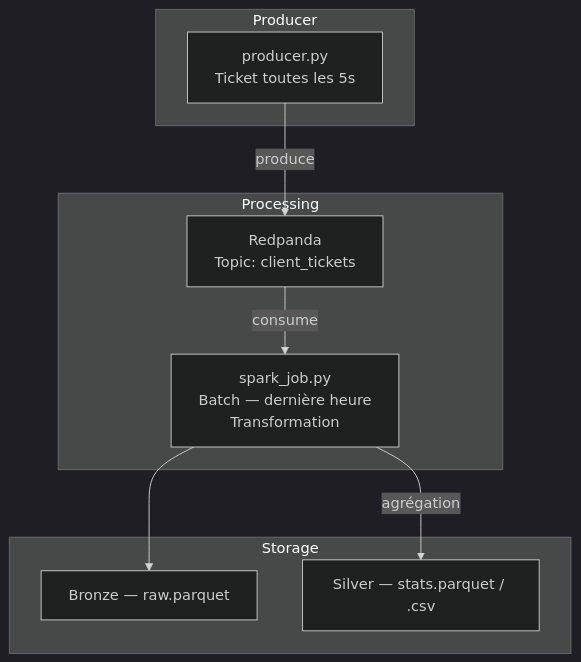
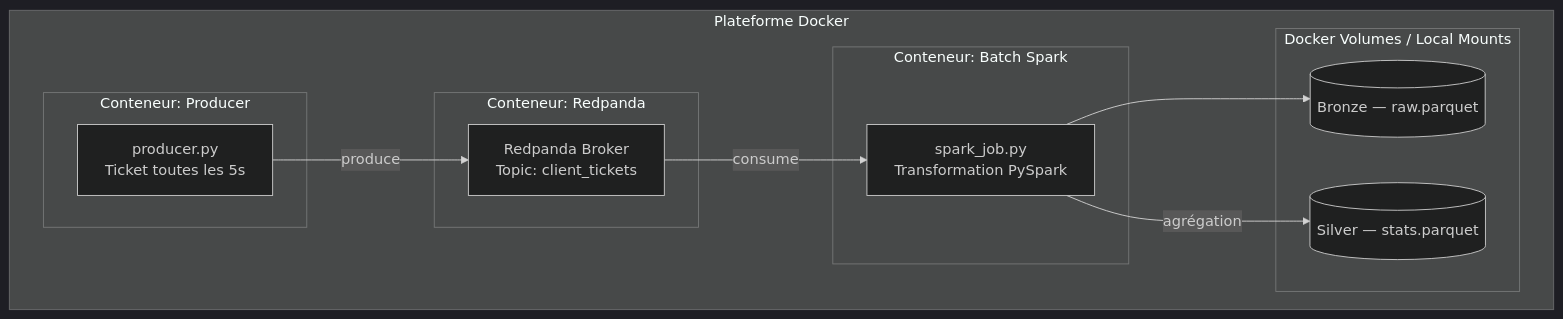
Before and after one commit to Solisdata/ocr_projet9_infra_hybride_cloud: the diagram in README.md, drawn with Mermaid (dark theme).

````diff
--- a/README.md
+++ b/README.md
@@ -72,21 +72,28 @@
 ```mermaid
 flowchart TD
-    subgraph Producer
-        A[producer.py<br/>Ticket toutes les 5s]
-    end
+    subgraph Docker_Engine [Plateforme Docker]
+        
+        subgraph Container_Producer [Conteneur: Producer]
+            A[producer.py<br/>Ticket toutes les 5s]
+        end
 
-    subgraph Processing
-        B[Redpanda<br/>Topic: client_tickets]
-        C[spark_job.py<br/>Batch — dernière heure<br/>Transformation]
-    end
+        subgraph Container_Redpanda [Conteneur: Redpanda]
+            B[Redpanda Broker<br/>Topic: client_tickets]
+        end
 
-    subgraph Storage
-        E[Bronze — raw.parquet]
-        F[Silver — stats.parquet / .csv]
+        subgraph Container_Spark [Conteneur: Batch Spark]
+            C[spark_job.py<br/>Transformation PySpark]
+        end
+        
+        subgraph Volumes_Docker [Docker Volumes / Local Mounts]
+            E[(Bronze — raw.parquet)]
+            F[(Silver — stats.parquet)]
+        end
+
     end
 
     A -->|produce| B
     B -->|consume| C
     C --> E
     C -->|agrégation| F
 ```
````
